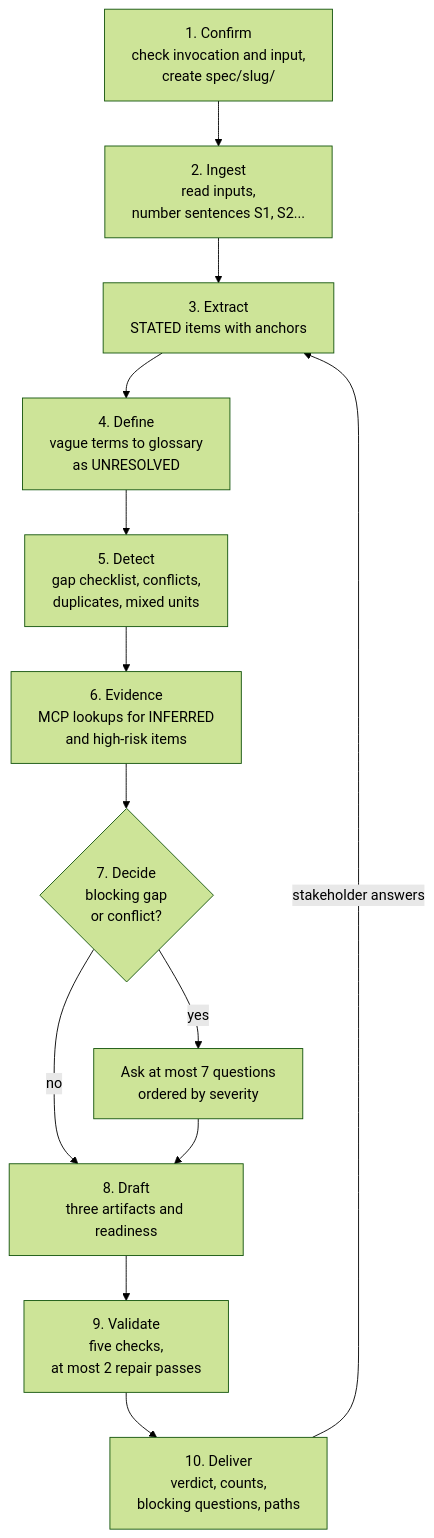
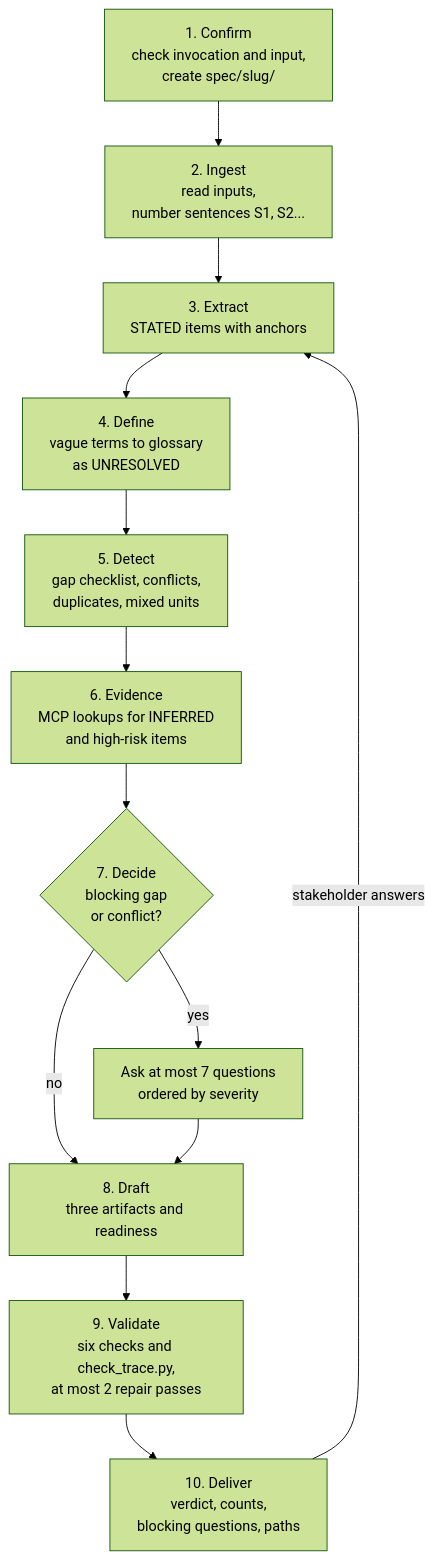
The second of 8 diagrams in README.md (Anilkumark17/MCP-Skill-integration), drawn with Mermaid (forest theme) before and after one commit. The commit also changed other lines of this file and 27 other files, not shown here.

````diff
--- a/README.md
+++ b/README.md
@@ -23,15 +23,15 @@
 ```mermaid
 flowchart TD
     A[1. Confirm<br/>check invocation and input,<br/>create spec/slug/] --> B[2. Ingest<br/>read inputs,<br/>number sentences S1, S2...]
     B --> C[3. Extract<br/>STATED items with anchors]
     C --> D[4. Define<br/>vague terms to glossary<br/>as UNRESOLVED]
     D --> E[5. Detect<br/>gap checklist, conflicts,<br/>duplicates, mixed units]
     E --> F[6. Evidence<br/>MCP lookups for INFERRED<br/>and high-risk items]
     F --> G{7. Decide<br/>blocking gap<br/>or conflict?}
     G -->|yes| Q[Ask at most 7 questions<br/>ordered by severity]
     G -->|no| H
     Q --> H[8. Draft<br/>three artifacts and readiness]
-    H --> I[9. Validate<br/>five checks,<br/>at most 2 repair passes]
+    H --> I[9. Validate<br/>six checks and check_trace.py,<br/>at most 2 repair passes]
     I --> J[10. Deliver<br/>verdict, counts,<br/>blocking questions, paths]
     J -->|stakeholder answers| C
 ```
````
